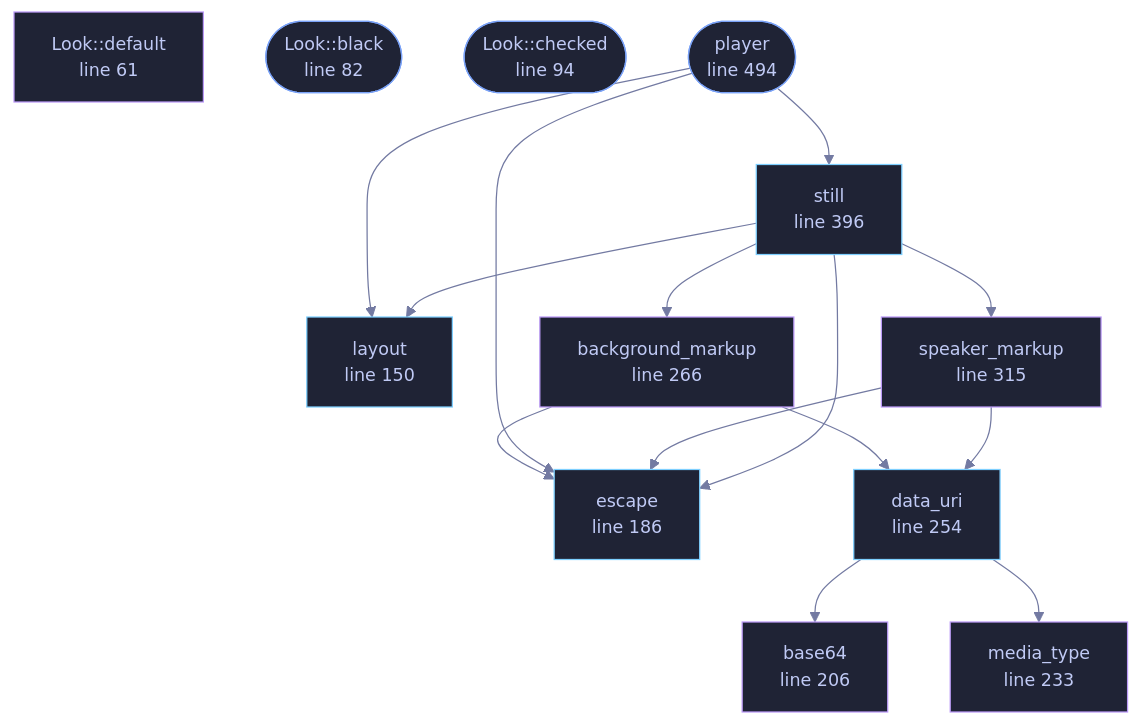
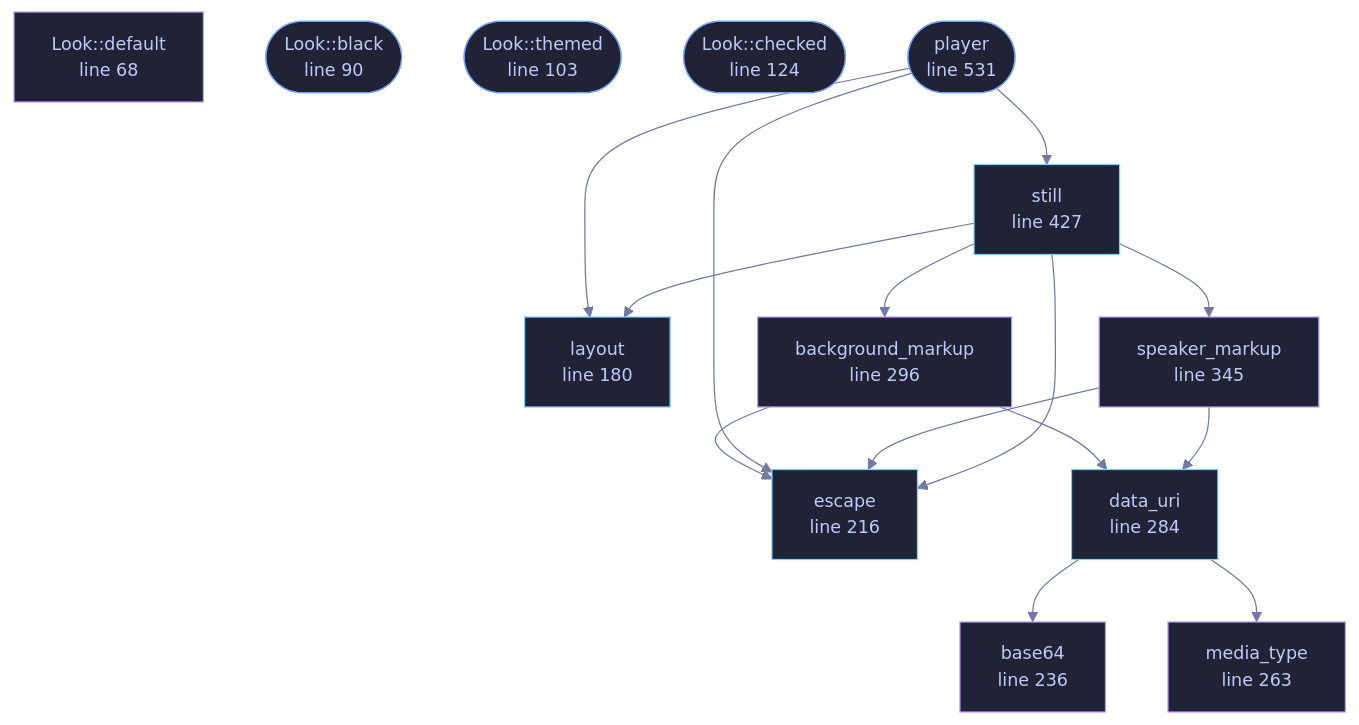
The diagram in docs/files/veilvoice-video/page.md (tilas01/veilvoice), drawn with Mermaid before and after one commit. The commit also changed other lines of this file and 32 other files, not shown here.

````diff
--- a/docs/files/veilvoice-video/page.md
+++ b/docs/files/veilvoice-video/page.md
@@ -100,47 +101,49 @@
 ```mermaid
 %%{init: {"theme":"base","themeVariables":{"background":"#1a1b26","primaryColor":"#1f2335","primaryTextColor":"#c0caf5","primaryBorderColor":"#7aa2f7","secondaryColor":"#16161e","tertiaryColor":"#16161e","lineColor":"#737aa2","textColor":"#c0caf5","mainBkg":"#1f2335","nodeBorder":"#7aa2f7","clusterBkg":"#16161e","clusterBorder":"#2f3549","fontFamily":"ui-monospace, SFMono-Regular, Consolas, monospace","fontSize":"14px"}}}%%
 flowchart TD
-    n_default["Look::default<br/>line 61"]
-    n_black(["Look::black<br/>line 82"])
-    n_checked(["Look::checked<br/>line 94"])
-    n_layout["layout<br/>line 150"]
-    n_escape["escape<br/>line 186"]
-    n_base64["base64<br/>line 206"]
-    n_media_type["media_type<br/>line 233"]
-    n_data_uri["data_uri<br/>line 254"]
-    n_background_markup["background_markup<br/>line 266"]
-    n_speaker_markup["speaker_markup<br/>line 315"]
-    n_still["still<br/>line 396"]
-    n_player(["player<br/>line 494"])
+    n_default["Look::default<br/>line 68"]
+    n_black(["Look::black<br/>line 90"])
+    n_themed(["Look::themed<br/>line 103"])
+    n_checked(["Look::checked<br/>line 124"])
+    n_layout["layout<br/>line 180"]
+    n_escape["escape<br/>line 216"]
+    n_base64["base64<br/>line 236"]
+    n_media_type["media_type<br/>line 263"]
+    n_data_uri["data_uri<br/>line 284"]
+    n_background_markup["background_markup<br/>line 296"]
+    n_speaker_markup["speaker_markup<br/>line 345"]
+    n_still["still<br/>line 427"]
+    n_player(["player<br/>line 531"])
     n_background_markup --> n_data_uri
     n_background_markup --> n_escape
     n_data_uri --> n_base64
     n_data_uri --> n_media_type
     n_player --> n_escape
     n_player --> n_layout
     n_player --> n_still
     n_speaker_markup --> n_data_uri
     n_speaker_markup --> n_escape
     n_still --> n_background_markup
     n_still --> n_escape
     n_still --> n_layout
     n_still --> n_speaker_markup
-    click n_default href "https://github.com/tilas01/veilvoice/blob/main/crates/veilvoice-video/src/page.rs#L61" "open the source"
-    click n_black href "https://github.com/tilas01/veilvoice/blob/main/crates/veilvoice-video/src/page.rs#L82" "open the source"
-    click n_checked href "https://github.com/tilas01/veilvoice/blob/main/crates/veilvoice-video/src/page.rs#L94" "open the source"
-    click n_layout href "https://github.com/tilas01/veilvoice/blob/main/crates/veilvoice-video/src/page.rs#L150" "open the source"
-    click n_escape href "https://github.com/tilas01/veilvoice/blob/main/crates/veilvoice-video/src/page.rs#L186" "open the source"
-    click n_base64 href "https://github.com/tilas01/veilvoice/blob/main/crates/veilvoice-video/src/page.rs#L206" "open the source"
-    click n_media_type href "https://github.com/tilas01/veilvoice/blob/main/crates/veilvoice-video/src/page.rs#L233" "open the source"
-    click n_data_uri href "https://github.com/tilas01/veilvoice/blob/main/crates/veilvoice-video/src/page.rs#L254" "open the source"
-    click n_background_markup href "https://github.com/tilas01/veilvoice/blob/main/crates/veilvoice-video/src/page.rs#L266" "open the source"
-    click n_speaker_markup href "https://github.com/tilas01/veilvoice/blob/main/crates/veilvoice-video/src/page.rs#L315" "open the source"
-    click n_still href "https://github.com/tilas01/veilvoice/blob/main/crates/veilvoice-video/src/page.rs#L396" "open the source"
-    click n_player href "https://github.com/tilas01/veilvoice/blob/main/crates/veilvoice-video/src/page.rs#L494" "open the source"
+    click n_default href "https://github.com/tilas01/veilvoice/blob/main/crates/veilvoice-video/src/page.rs#L68" "open the source"
+    click n_black href "https://github.com/tilas01/veilvoice/blob/main/crates/veilvoice-video/src/page.rs#L90" "open the source"
+    click n_themed href "https://github.com/tilas01/veilvoice/blob/main/crates/veilvoice-video/src/page.rs#L103" "open the source"
+    click n_checked href "https://github.com/tilas01/veilvoice/blob/main/crates/veilvoice-video/src/page.rs#L124" "open the source"
+    click n_layout href "https://github.com/tilas01/veilvoice/blob/main/crates/veilvoice-video/src/page.rs#L180" "open the source"
+    click n_escape href "https://github.com/tilas01/veilvoice/blob/main/crates/veilvoice-video/src/page.rs#L216" "open the source"
+    click n_base64 href "https://github.com/tilas01/veilvoice/blob/main/crates/veilvoice-video/src/page.rs#L236" "open the source"
+    click n_media_type href "https://github.com/tilas01/veilvoice/blob/main/crates/veilvoice-video/src/page.rs#L263" "open the source"
+    click n_data_uri href "https://github.com/tilas01/veilvoice/blob/main/crates/veilvoice-video/src/page.rs#L284" "open the source"
+    click n_background_markup href "https://github.com/tilas01/veilvoice/blob/main/crates/veilvoice-video/src/page.rs#L296" "open the source"
+    click n_speaker_markup href "https://github.com/tilas01/veilvoice/blob/main/crates/veilvoice-video/src/page.rs#L345" "open the source"
+    click n_still href "https://github.com/tilas01/veilvoice/blob/main/crates/veilvoice-video/src/page.rs#L427" "open the source"
+    click n_player href "https://github.com/tilas01/veilvoice/blob/main/crates/veilvoice-video/src/page.rs#L531" "open the source"
     classDef entry fill:#1f2335,stroke:#7aa2f7,color:#c0caf5
-    class n_black,n_checked,n_player entry
+    class n_black,n_themed,n_checked,n_player entry
     classDef api fill:#1f2335,stroke:#7dcfff,color:#c0caf5
     class n_layout,n_escape,n_data_uri,n_still api
     classDef helper fill:#1f2335,stroke:#bb9af7,color:#c0caf5
     class n_default,n_base64,n_media_type,n_background_markup,n_speaker_markup helper
 ```
````
